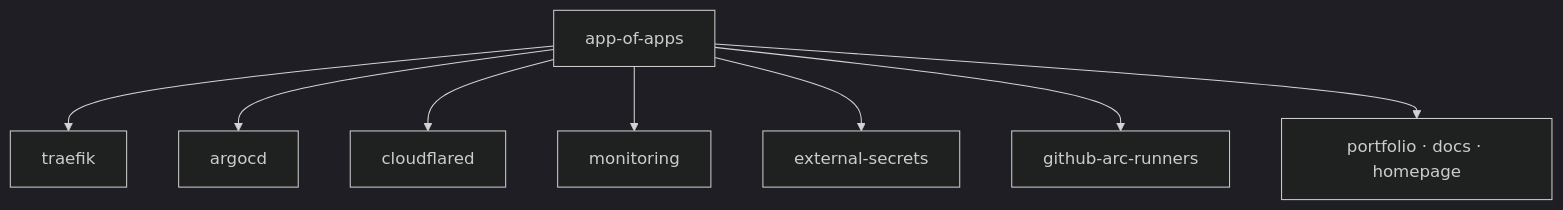
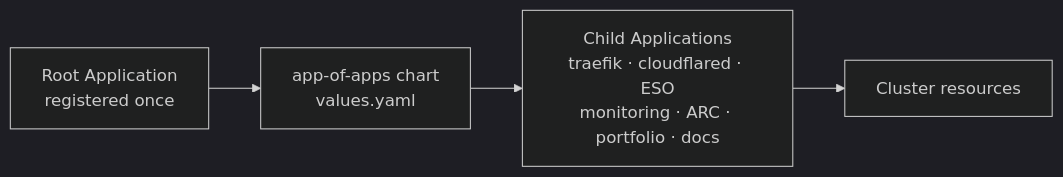
One commit to kbntx-org/nexus changed the diagram in docs/src/platform/argocd/01-overview.md. Above: the diagram before and after it, drawn with Mermaid. The commit also changed other lines of this file and 15 other files, not shown here.

````diff
--- a/docs/src/platform/argocd/01-overview.md
+++ b/docs/src/platform/argocd/01-overview.md
@@ -13,11 +34,12 @@
 ```mermaid
 %%{init: {'theme':'dark'}}%%
-graph TD
-    Root[app-of-apps] --> traefik
-    Root --> argocd
-    Root --> cloudflared
-    Root --> monitoring
-    Root --> external-secrets
-    Root --> runners[github-arc-runners]
-    Root --> apps[portfolio · docs · homepage]
+graph LR
+    Root[Root Application<br/>registered once]
+    AoA[app-of-apps chart<br/>values.yaml]
+    Children[Child Applications<br/>traefik · cloudflared · ESO<br/>monitoring · ARC · portfolio · docs]
+    Cluster[Cluster resources]
+
+    Root --> AoA
+    AoA --> Children
+    Children --> Cluster
 ```
````
